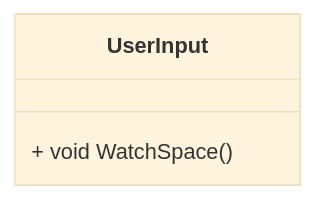
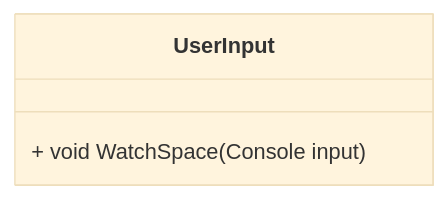
Before and after one commit to NexusWeave/MVP-FlappyBird-cs: the sixth of 9 diagrams in dokumentasjon/diagram/klasse-diagram.md, drawn with Mermaid (base theme). The commit also changed other lines of this file, not shown here.

Commit message:
Refactor klasse-diagram.md to update GameScreen and StateScreen methods, remove Background class, and streamline method signatures

````diff
--- a/dokumentasjon/diagram/klasse-diagram.md
+++ b/dokumentasjon/diagram/klasse-diagram.md
@@ -82,8 +67,8 @@
 ```mermaid
     classDiagram
         direction TD
 
         class UserInput {
-            + void WatchSpace()
+            + void WatchSpace(Console input)
         }
 ```
````
